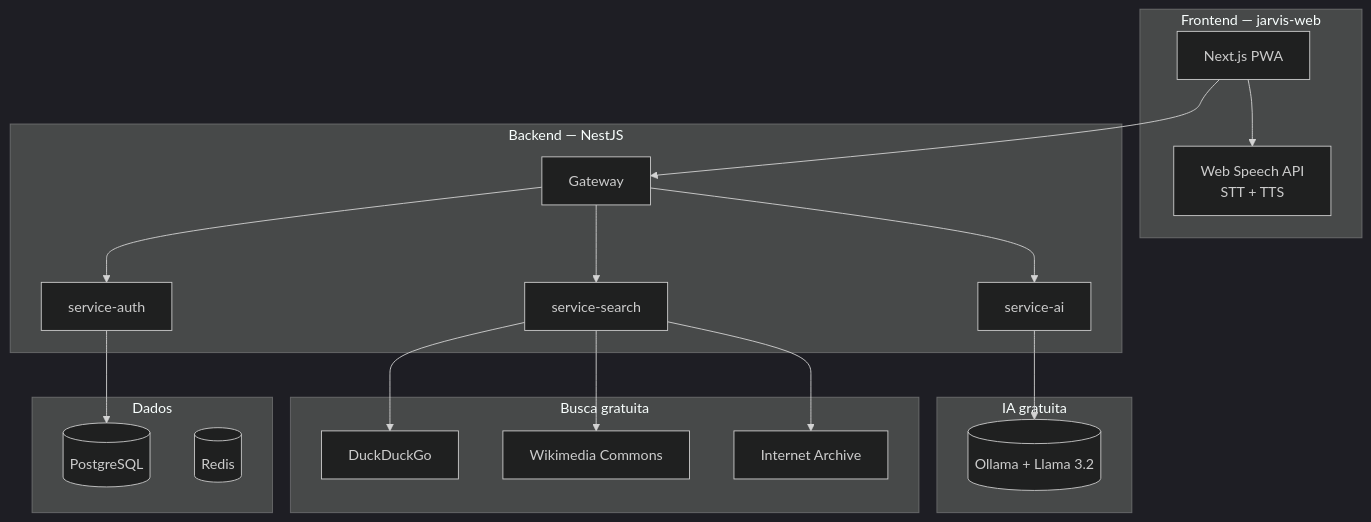
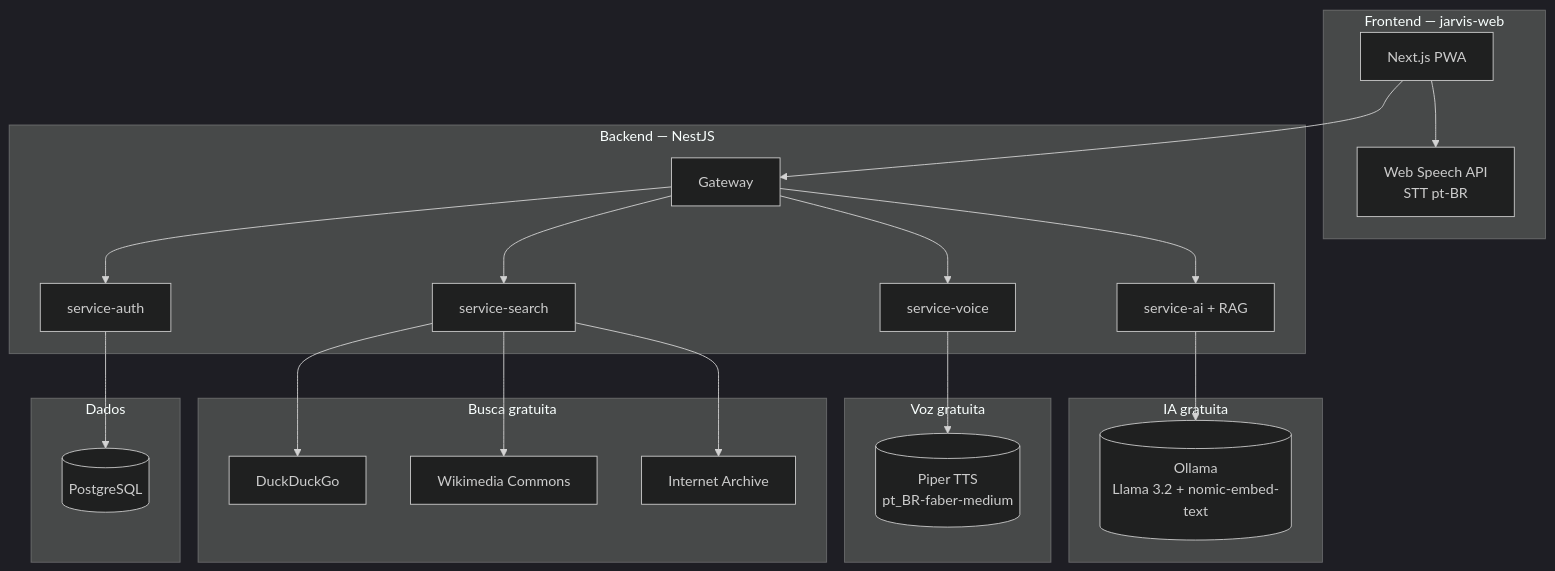
Before and after one commit to FranciscoStanley/MyJarvis: the diagram in docs/free-stack.md, drawn with Mermaid (dark theme). The commit also changed other lines of this file and 9 other files, not shown here.

First line of the commit message:
docs: alinha arquitetura com RAG, Piper e pacotes

````diff
--- a/docs/free-stack.md
+++ b/docs/free-stack.md
@@ -7,36 +7,41 @@
 ```mermaid
 flowchart TB
     subgraph Frontend["Frontend — jarvis-web"]
         NEXT[Next.js PWA]
-        SPEECH[Web Speech API<br/>STT + TTS]
+        STT[Web Speech API<br/>STT pt-BR]
     end
 
     subgraph Backend["Backend — NestJS"]
         GW[Gateway]
-        AI[service-ai]
+        AI[service-ai + RAG]
+        VOICE[service-voice]
         SEARCH[service-search]
         AUTH[service-auth]
     end
 
     subgraph FreeAI["IA gratuita"]
-        OLLAMA[(Ollama + Llama 3.2)]
+        OLLAMA[(Ollama<br/>Llama 3.2 + nomic-embed-text)]
+    end
+
+    subgraph FreeVoice["Voz gratuita"]
+        PIPER[(Piper TTS<br/>pt_BR-faber-medium)]
     end
 
     subgraph FreeSearch["Busca gratuita"]
         DDG[DuckDuckGo]
         WIKI[Wikimedia Commons]
         ARCH[Internet Archive]
     end
 
     subgraph Data["Dados"]
         PG[(PostgreSQL)]
-        REDIS[(Redis)]
     end
 
     NEXT --> GW
-    NEXT --> SPEECH
-    GW --> AI & SEARCH & AUTH
+    NEXT --> STT
+    GW --> AI & VOICE & SEARCH & AUTH
     AI --> OLLAMA
+    VOICE --> PIPER
     SEARCH --> DDG & WIKI & ARCH
     AUTH --> PG
 ```
````
